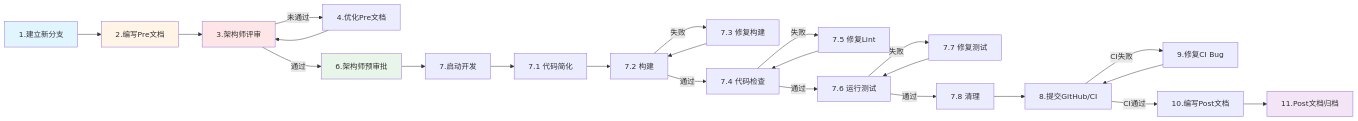
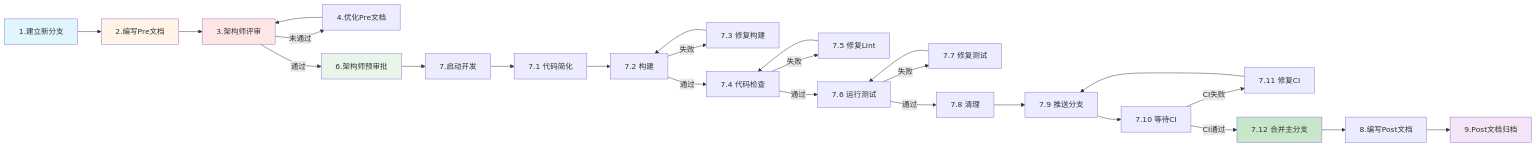
The third of 6 diagrams in CLAUDE.MD (jzhang405/NexKV), drawn with Mermaid before and after one commit. The commit also changed other lines of this file, not shown here.

````diff
--- a/CLAUDE.MD
+++ b/CLAUDE.MD
@@ -489,31 +489,34 @@
 ```mermaid
 flowchart LR
     A[1.建立新分支] --> B[2.编写Pre文档]
     B --> C[3.架构师评审]
     C -->|未通过| D[4.优化Pre文档]
     D --> C
     C -->|通过| E[6.架构师预审批]
     E --> F[7.启动开发]
     F --> G[7.1 代码简化]
     G --> H[7.2 构建]
     H -->|失败| I[7.3 修复构建]
     I --> H
     H -->|通过| J[7.4 代码检查]
     J -->|失败| K[7.5 修复Lint]
     K --> J
     J -->|通过| L[7.6 运行测试]
     L -->|失败| M[7.7 修复测试]
     M --> L
     L -->|通过| N[7.8 清理]
-    N --> O[8.提交GitHub/CI]
-    O -->|CI失败| P[9.修复CI Bug]
-    P --> O
-    O -->|CI通过| Q[10.编写Post文档]
-    Q --> R[11.Post文档归档]
+    N --> O[7.9 推送分支]
+    O --> P[7.10 等待CI]
+    P -->|CI失败| Q[7.11 修复CI]
+    Q --> O
+    P -->|CI通过| R[7.12 合并主分支]
+    R --> S[8.编写Post文档]
+    S --> T[9.Post文档归档]
 
     style A fill:#e1f5ff
     style B fill:#fff4e6
     style C fill:#ffe6e6
     style E fill:#e8f5e9
-    style R fill:#f3e5f5
+    style R fill:#c8e6c9
+    style T fill:#f3e5f5
 ```
````
